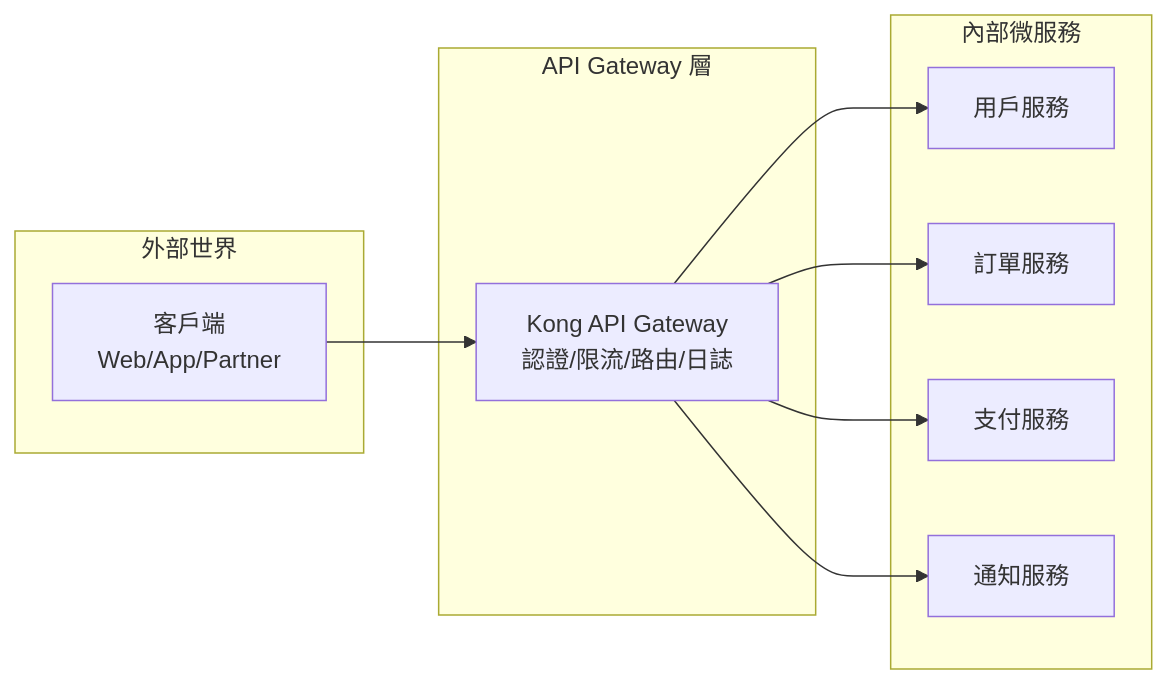
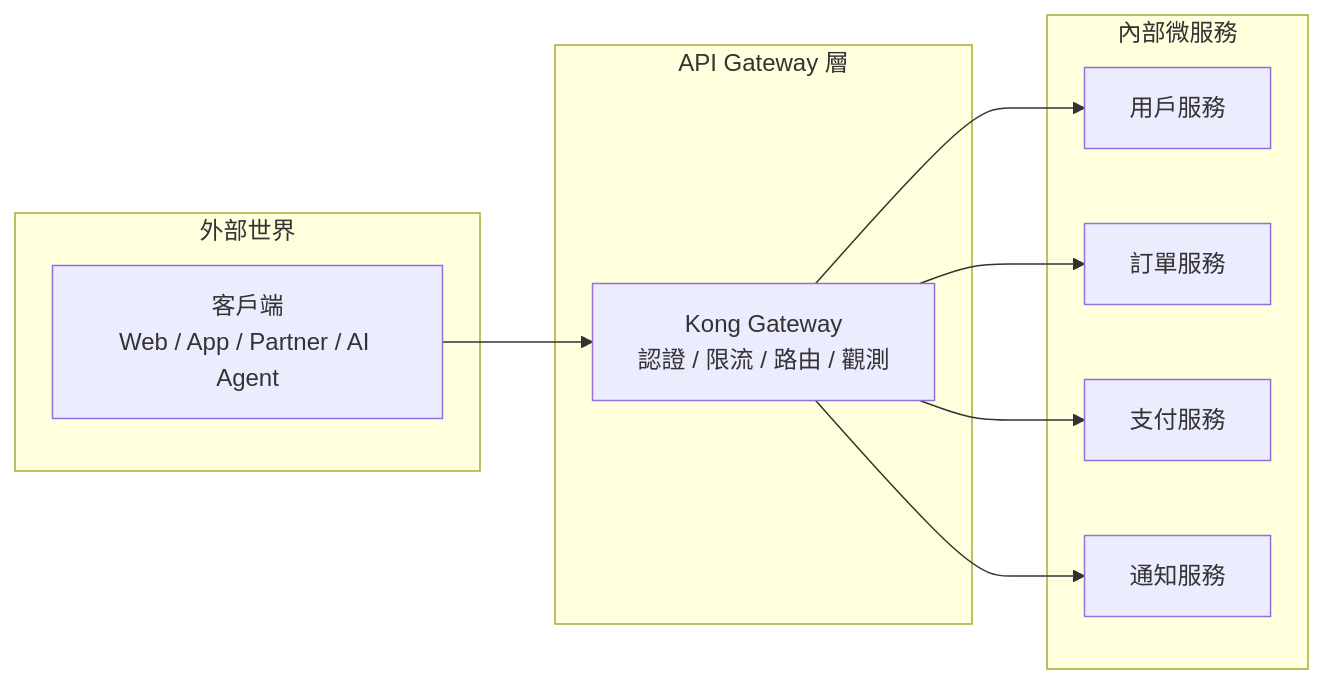
The first of 22 diagrams in content/posts/教學/工具/Kong API Gateway教學手冊.md (chihhung/Blog), drawn with Mermaid before and after one commit. The commit also changed other lines of this file and 10 other files, not shown here.

````diff
--- a/content/posts/教學/工具/Kong API Gateway教學手冊.md
+++ b/content/posts/教學/工具/Kong API Gateway教學手冊.md
@@ -120,23 +288,23 @@
 ```mermaid
 graph LR
     subgraph "外部世界"
-        Client[客戶端<br/>Web/App/Partner]
+        Client[客戶端<br/>Web / App / Partner / AI Agent]
     end
-    
+
     subgraph "API Gateway 層"
-        Kong[Kong API Gateway<br/>認證/限流/路由/日誌]
+        Kong[Kong Gateway<br/>認證 / 限流 / 路由 / 觀測]
     end
-    
+
     subgraph "內部微服務"
         S1[用戶服務]
         S2[訂單服務]
         S3[支付服務]
         S4[通知服務]
     end
-    
+
     Client --> Kong
     Kong --> S1
     Kong --> S2
     Kong --> S3
     Kong --> S4
 ```
````
